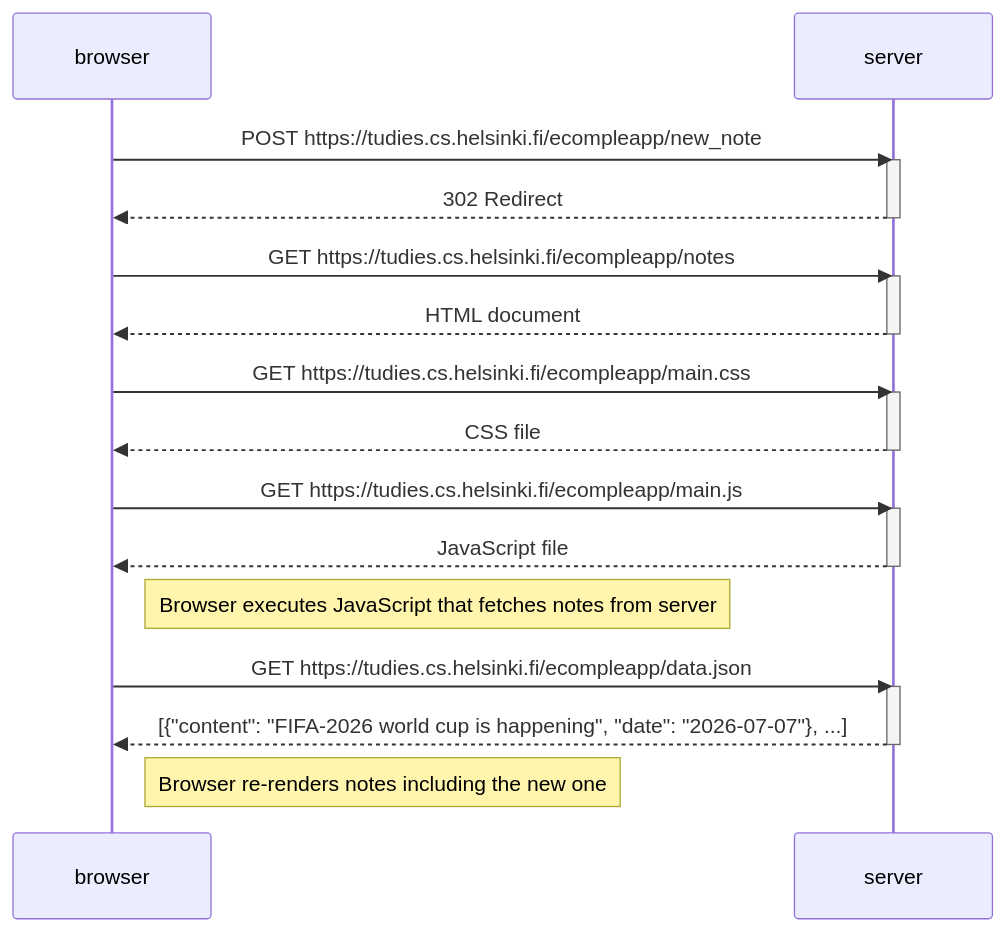
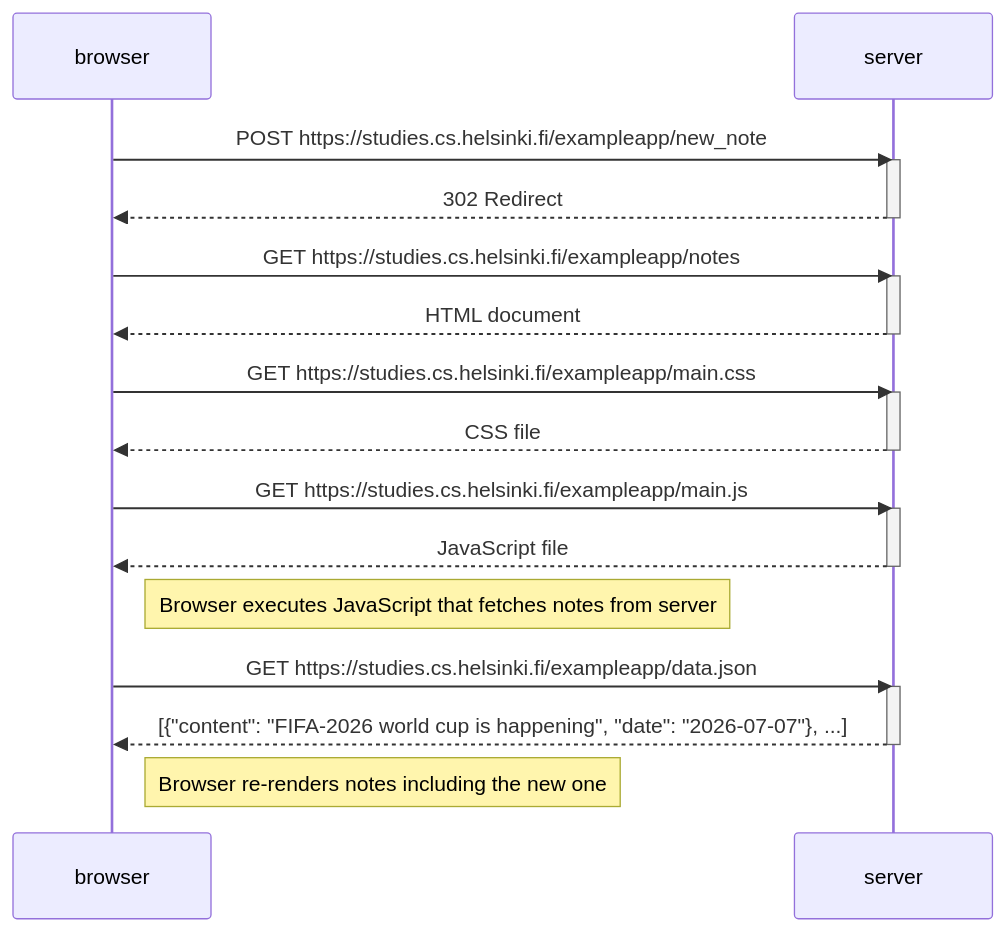
Before and after one commit to tahanawab4848/fullstack-open: the diagram in part0/0.4/0.4-new-note.md, drawn with Mermaid. The commit also changed 2 other files, not shown here.

Commit message:
Add and update Part 0 exercises

````diff
--- a/part0/0.4/0.4-new-note.md
+++ b/part0/0.4/0.4-new-note.md
@@ -5,34 +5,34 @@
 ```mermaid
 sequenceDiagram
     participant browser
     participant server
 
-    browser->>server: POST https://tudies.cs.helsinki.fi/ecompleapp/new_note
+    browser->>server: POST https://studies.cs.helsinki.fi/exampleapp/new_note
     activate server
     server-->>browser: 302 Redirect
     deactivate server
 
-    browser->>server: GET https://tudies.cs.helsinki.fi/ecompleapp/notes
+    browser->>server: GET https://studies.cs.helsinki.fi/exampleapp/notes
     activate server
     server-->>browser: HTML document
     deactivate server
 
-    browser->>server: GET https://tudies.cs.helsinki.fi/ecompleapp/main.css
+    browser->>server: GET https://studies.cs.helsinki.fi/exampleapp/main.css
     activate server
     server-->>browser: CSS file
     deactivate server
 
-    browser->>server: GET https://tudies.cs.helsinki.fi/ecompleapp/main.js
+    browser->>server: GET https://studies.cs.helsinki.fi/exampleapp/main.js
     activate server
     server-->>browser: JavaScript file
     deactivate server
 
     note right of browser: Browser executes JavaScript that fetches notes from server
 
-    browser->>server: GET https://tudies.cs.helsinki.fi/ecompleapp/data.json
+    browser->>server: GET https://studies.cs.helsinki.fi/exampleapp/data.json
     activate server
     server-->>browser: [{"content": "FIFA-2026 world cup is happening", "date": "2026-07-07"}, ...]
     deactivate server
 
     note right of browser: Browser re-renders notes including the new one
 ```
````
